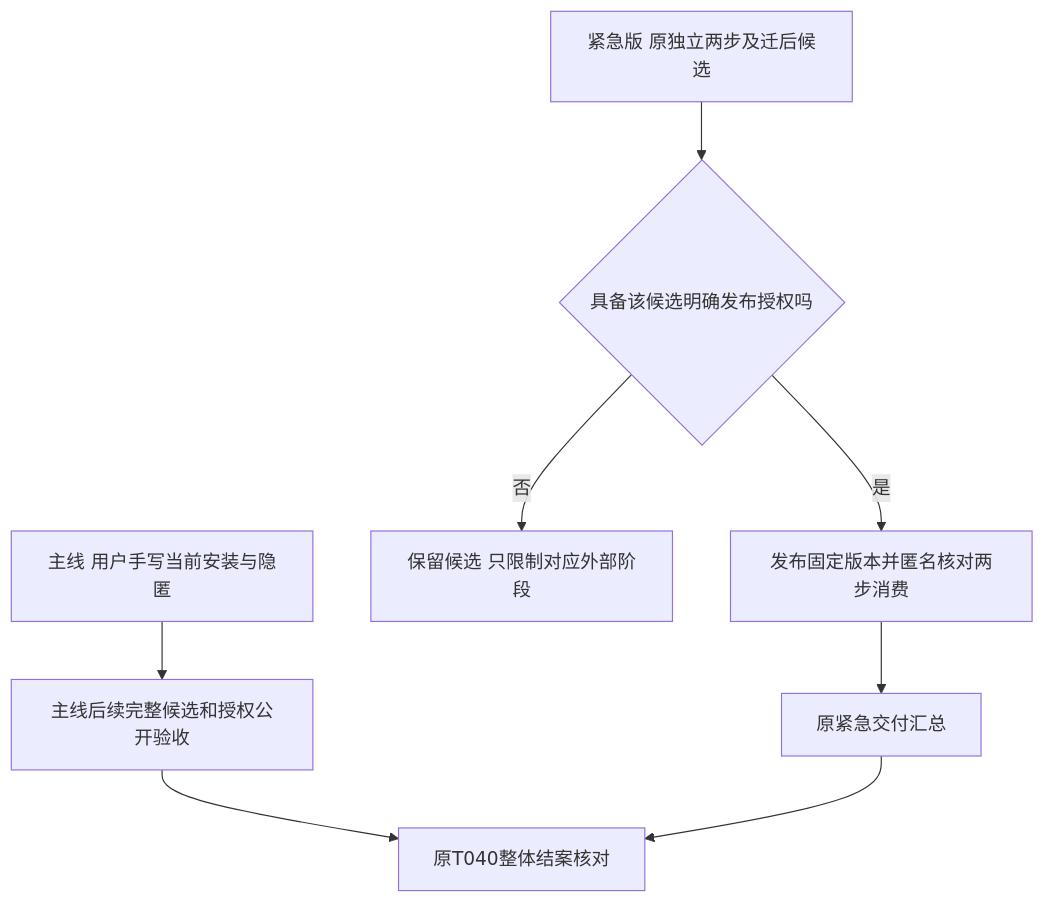
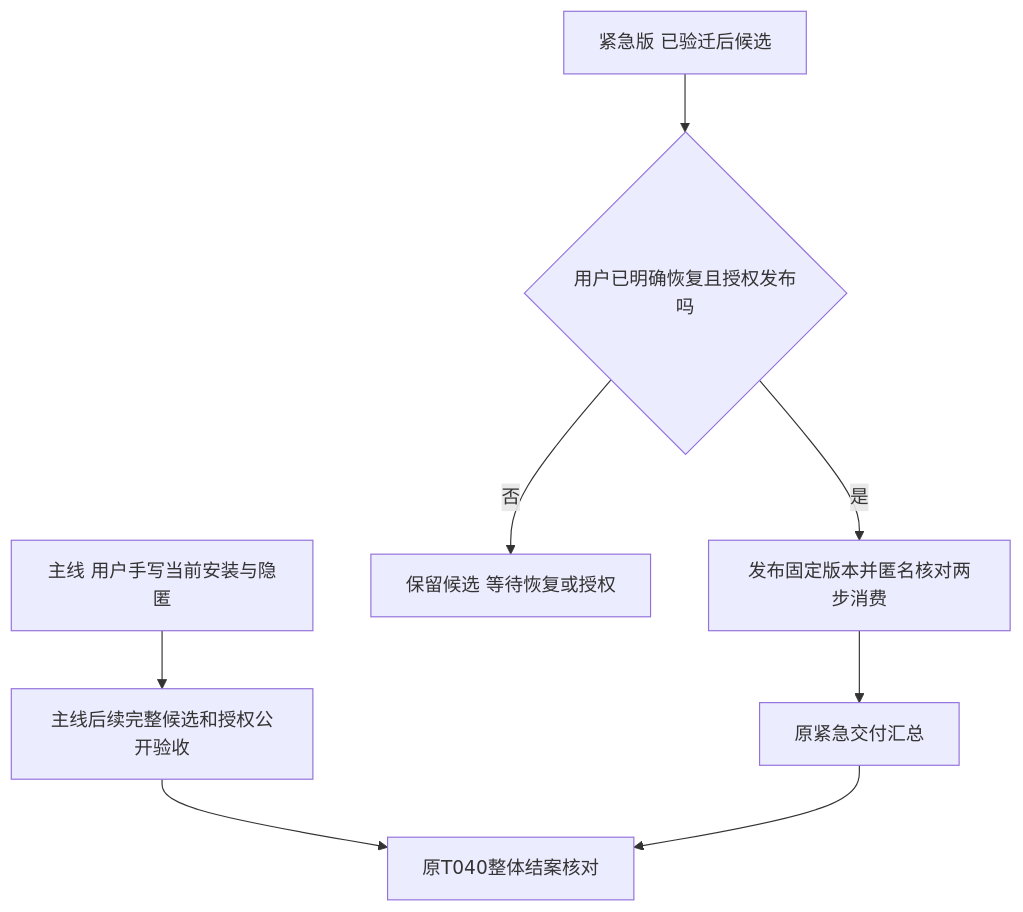
Before and after one commit to Ena-Heleneto/agent-foundry: the third of 3 diagrams in specs/skills/001-skills-distribution/analysis/spec-analysis/flows.md, drawn with Mermaid. The commit also changed other lines of this file and 99 other files, not shown here.

````diff
--- a/specs/skills/001-skills-distribution/analysis/spec-analysis/flows.md
+++ b/specs/skills/001-skills-distribution/analysis/spec-analysis/flows.md
@@ -42,10 +48,10 @@
 ```mermaid
 flowchart TD
     A[主线 用户手写当前安装与隐匿] --> B[主线后续完整候选和授权公开验收]
-    C[紧急版 原独立两步及迁后候选] --> D{具备该候选明确发布授权吗}
-    D -->|否| E[保留候选 只限制对应外部阶段]
+    C[紧急版 已验迁后候选] --> D{用户已明确恢复且授权发布吗}
+    D -->|否| E[保留候选 等待恢复或授权]
     D -->|是| F[发布固定版本并匿名核对两步消费]
     F --> G[原紧急交付汇总]
     B --> H[原T040整体结案核对]
     G --> H
 ```
````
